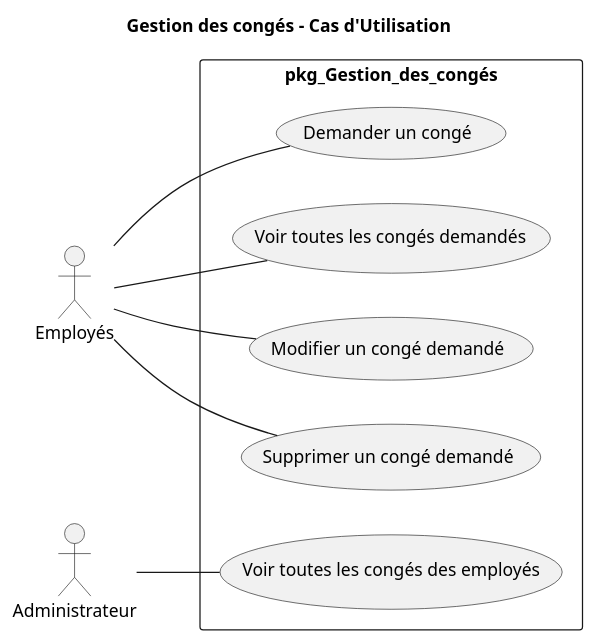
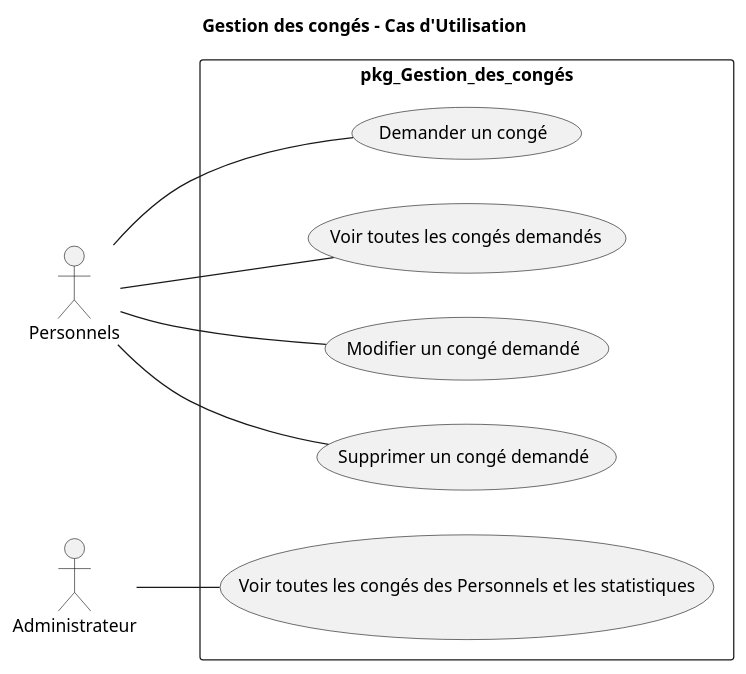
One commit to MohamedMezziane/Gestion-des-cong-s changed the diagram in Branche_fonctionnelle/Use Case/cas dutilisation.plantuml. Above: the diagram before and after it, drawn with PlantUML.

Commit message:
Cas d'Utilisation

```diff
--- a/Branche_fonctionnelle/Use Case/cas dutilisation.plantuml
+++ b/Branche_fonctionnelle/Use Case/cas dutilisation.plantuml
@@ -1,24 +1,24 @@
 @startuml
 title Gestion des congés - Cas d'Utilisation
 left to right direction
-actor Employés as U
+actor Personnels as U
 actor Administrateur as A
 
 rectangle "pkg_Gestion_des_congés" {
     usecase UC1 as "Demander un congé"
     usecase UC2 as "Voir toutes les congés demandés"
     usecase UC3 as "Modifier un congé demandé"
     usecase UC4 as "Supprimer un congé demandé"
     
-    usecase UC5 as "Voir toutes les congés des employés"
+    usecase UC5 as "Voir toutes les congés des Personnels et les statistiques"
 
 }
 
 U -- UC1 : ""
 U -- UC2 : ""
 U -- UC3 : ""
 U -- UC4 : ""
 
 A -- UC5 : ""
 
 @enduml
```
